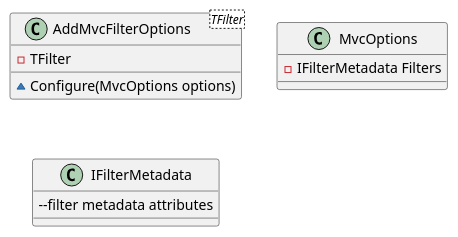
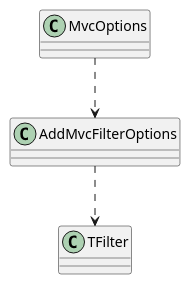
One commit to mwwhited-forks/dotnet-libs changed the third of 5 diagrams in docs/generated/Framework/Eliassen.AspNetCore.Mvc/SwaggerGen/Documentation.md. Above: the diagram before and after it, drawn with PlantUML. The commit also changed other lines of this file and 444 other files, not shown here.

````diff
--- a/docs/generated/Framework/Eliassen.AspNetCore.Mvc/SwaggerGen/Documentation.md
+++ b/docs/generated/Framework/Eliassen.AspNetCore.Mvc/SwaggerGen/Documentation.md
@@ -65,17 +51,9 @@
 ```plantuml
 @startuml
-class AddMvcFilterOptions<TFilter> {
-  - TFilter
-  ~Configure(MvcOptions options)
-}
-
-class MvcOptions {
-  - IFilterMetadata Filters
-}
-
-class IFilterMetadata {
-  --filter metadata attributes
-}
-
+class MvcOptions
+class AddMvcFilterOptions
+class TFilter
+MvcOptions ..> AddMvcFilterOptions
+AddMvcFilterOptions ..> TFilter
 @enduml
 ```
````
